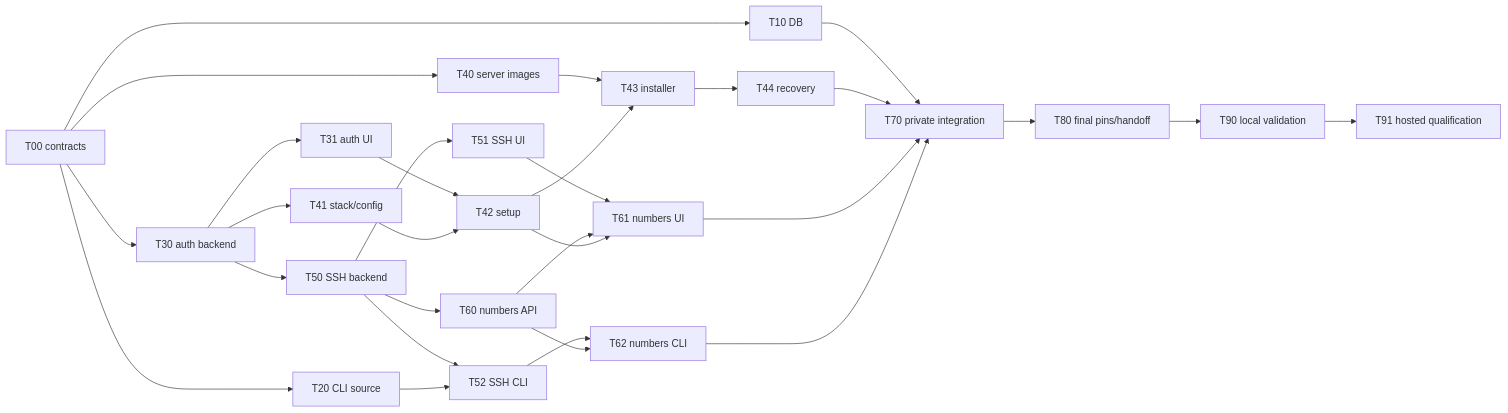
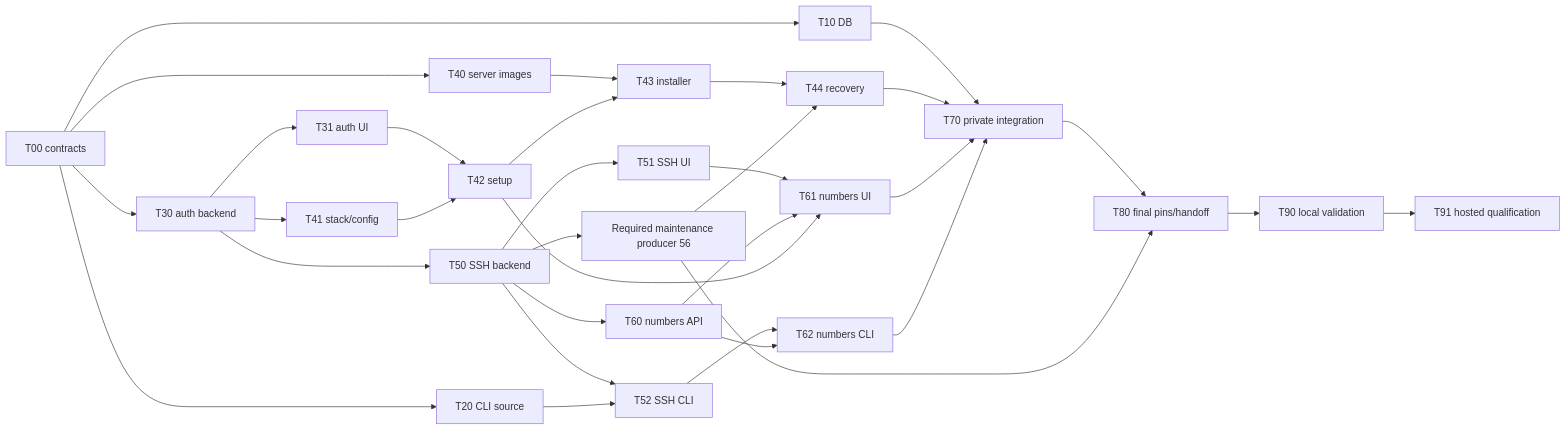
Before and after one commit to muniventures/minicloud: the diagram in docs/specs/pre-v1-release/0.execution-plan.md, drawn with Mermaid. The commit also changed other lines of this file and 1 other file, not shown here.

Commit message:
docs: reconcile merged self-hosting code and maintenance blocker

````diff
--- a/docs/specs/pre-v1-release/0.execution-plan.md
+++ b/docs/specs/pre-v1-release/0.execution-plan.md
@@ -53,31 +57,34 @@
 ```mermaid
 flowchart LR
   C[T00 contracts] --> D[T10 DB]
   C --> L[T20 CLI source]
   C --> A[T30 auth backend]
   A --> U[T31 auth UI]
   C --> I[T40 server images]
   A --> F[T41 stack/config]
   A --> K[T50 SSH backend]
   K --> KU[T51 SSH UI]
   K --> KC[T52 SSH CLI]
   K --> N[T60 numbers API]
   U --> B[T42 setup]
   F --> B
   I --> S[T43 installer]
   B --> S
   S --> R[T44 recovery]
+  K --> M[Required maintenance producer 56]
+  M --> R
   KU --> NU[T61 numbers UI]
   N --> NU
   B --> NU
   KC --> NC[T62 numbers CLI]
   N --> NC
   L --> KC
   D --> O[T70 private integration]
   R --> O
   NU --> O
   NC --> O
   O --> P[T80 final pins/handoff]
+  M --> P
   P --> V[T90 local validation]
   V --> H[T91 hosted qualification]
 ```
````
